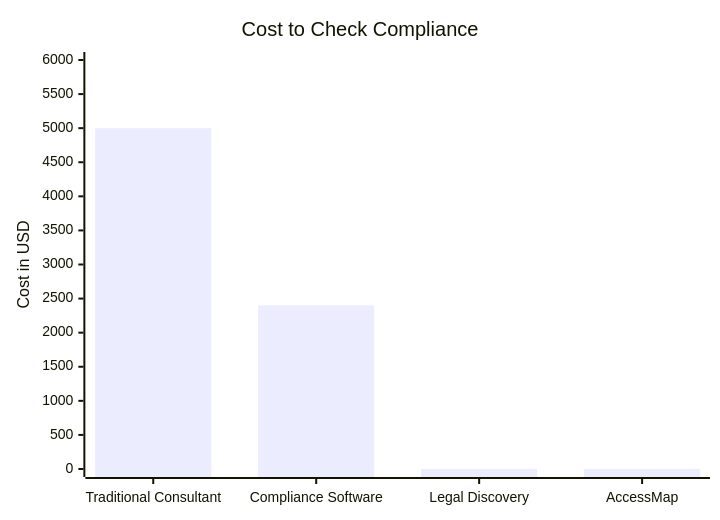
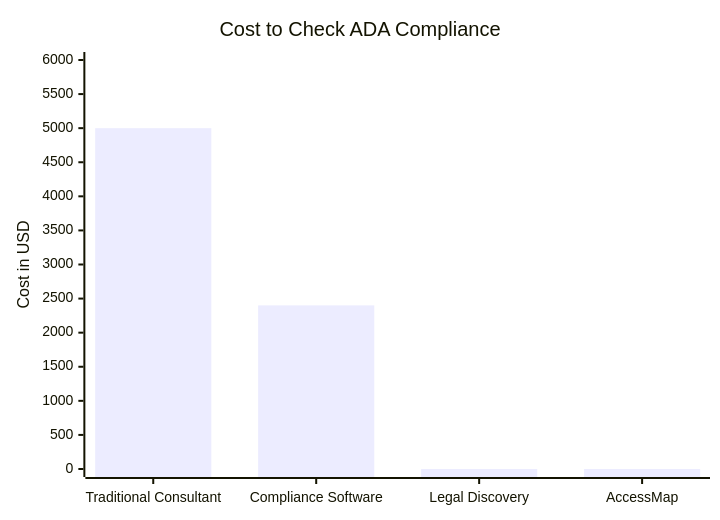
The third of 12 diagrams in README.md (Iceman-Dann/AccessMap), drawn with Mermaid before and after one commit. The commit also changed other lines of this file, not shown here.

````diff
--- a/README.md
+++ b/README.md
@@ -88,7 +88,7 @@
 ```mermaid
 xychart-beta
-    title "Cost to Check Compliance"
+    title "Cost to Check ADA Compliance"
     x-axis ["Traditional Consultant", "Compliance Software", "Legal Discovery", "AccessMap"]
     y-axis "Cost in USD" 0 --> 6000
     bar [5000, 2400, 0, 0]
 ```
````
